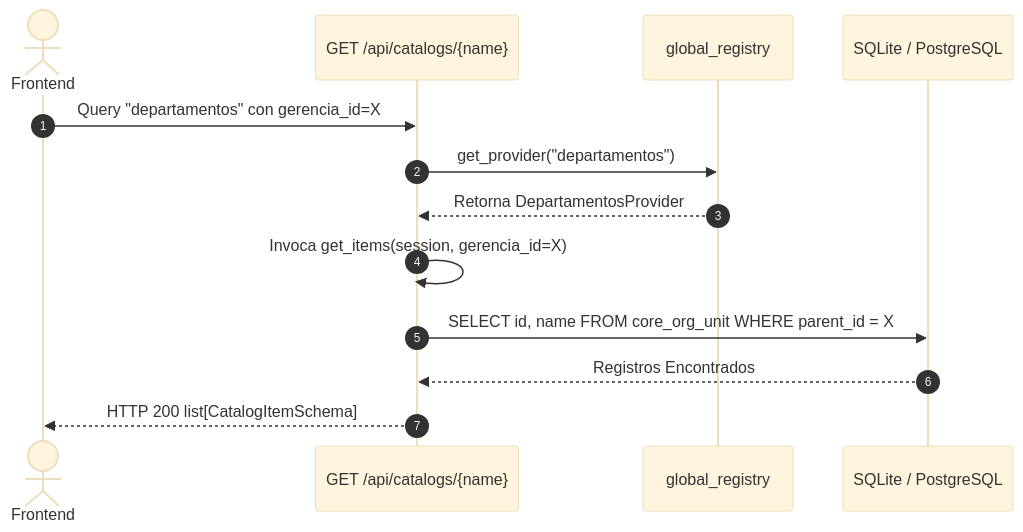
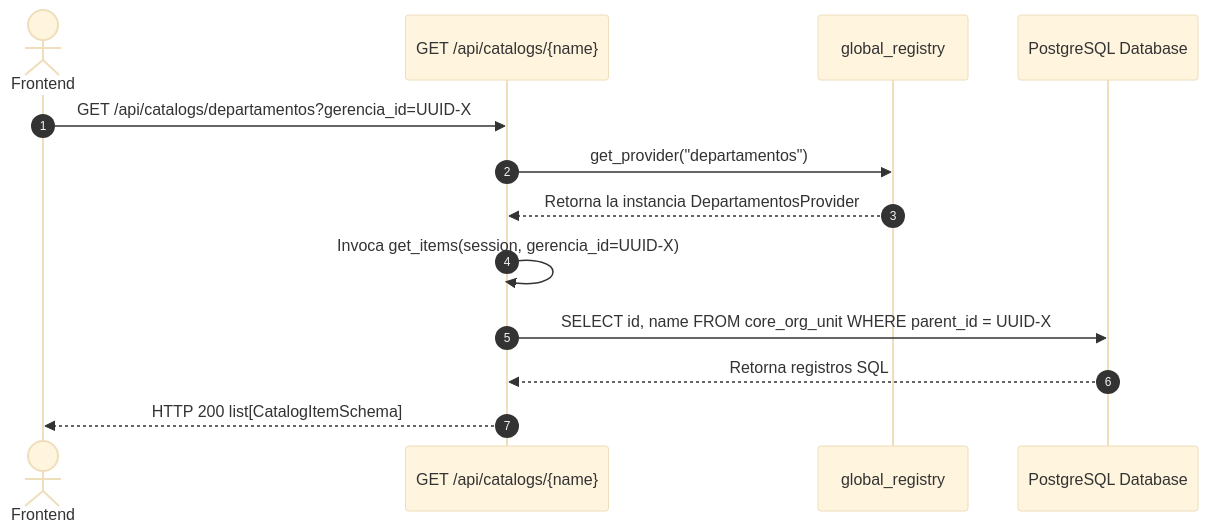
Before and after one commit to henrytaby/uyuni-backend-py: the third of 4 diagrams in docs/developer_guide/02_sistema_catalogos_dinamicos.md, drawn with Mermaid (base theme). The commit also changed other lines of this file, not shown here.

Commit message:
docs: improve documentation and clarity of the Dynamic Catalogs system guide

````diff
--- a/docs/developer_guide/02_sistema_catalogos_dinamicos.md
+++ b/docs/developer_guide/02_sistema_catalogos_dinamicos.md
@@ -67,16 +118,16 @@
 ```mermaid
 sequenceDiagram
     autonumber
     actor Client as Frontend
     participant Route as GET /api/catalogs/{name}
     participant Reg as global_registry
-    participant DB as SQLite / PostgreSQL
+    participant DB as PostgreSQL Database
     
-    Client->>Route: Query "departamentos" con gerencia_id=X
+    Client->>Route: GET /api/catalogs/departamentos?gerencia_id=UUID-X
     Route->>Reg: get_provider("departamentos")
-    Reg-->>Route: Retorna DepartamentosProvider
-    Route->>Route: Invoca get_items(session, gerencia_id=X)
-    Route->>DB: SELECT id, name FROM core_org_unit WHERE parent_id = X
-    DB-->>Route: Registros Encontrados
+    Reg-->>Route: Retorna la instancia DepartamentosProvider
+    Route->>Route: Invoca get_items(session, gerencia_id=UUID-X)
+    Route->>DB: SELECT id, name FROM core_org_unit WHERE parent_id = UUID-X
+    DB-->>Route: Retorna registros SQL
     Route-->>Client: HTTP 200 list[CatalogItemSchema]
 ```
````
